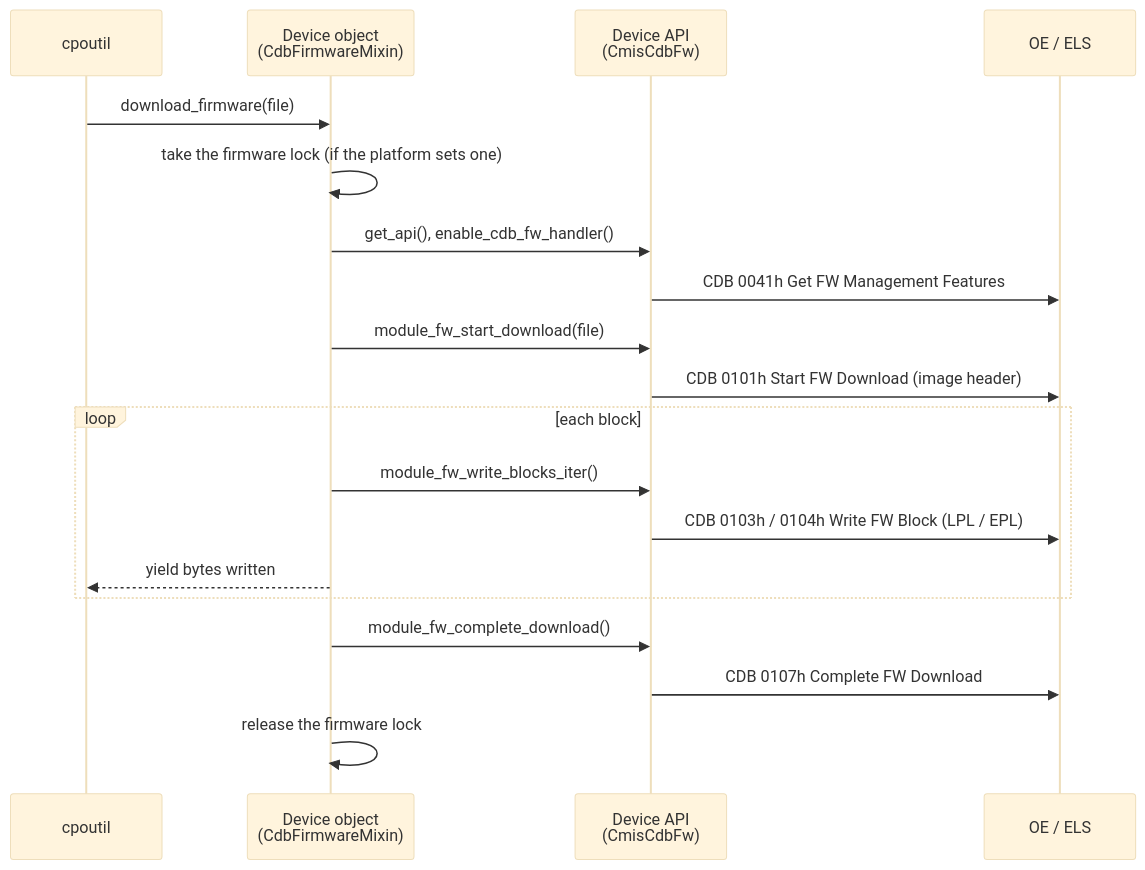
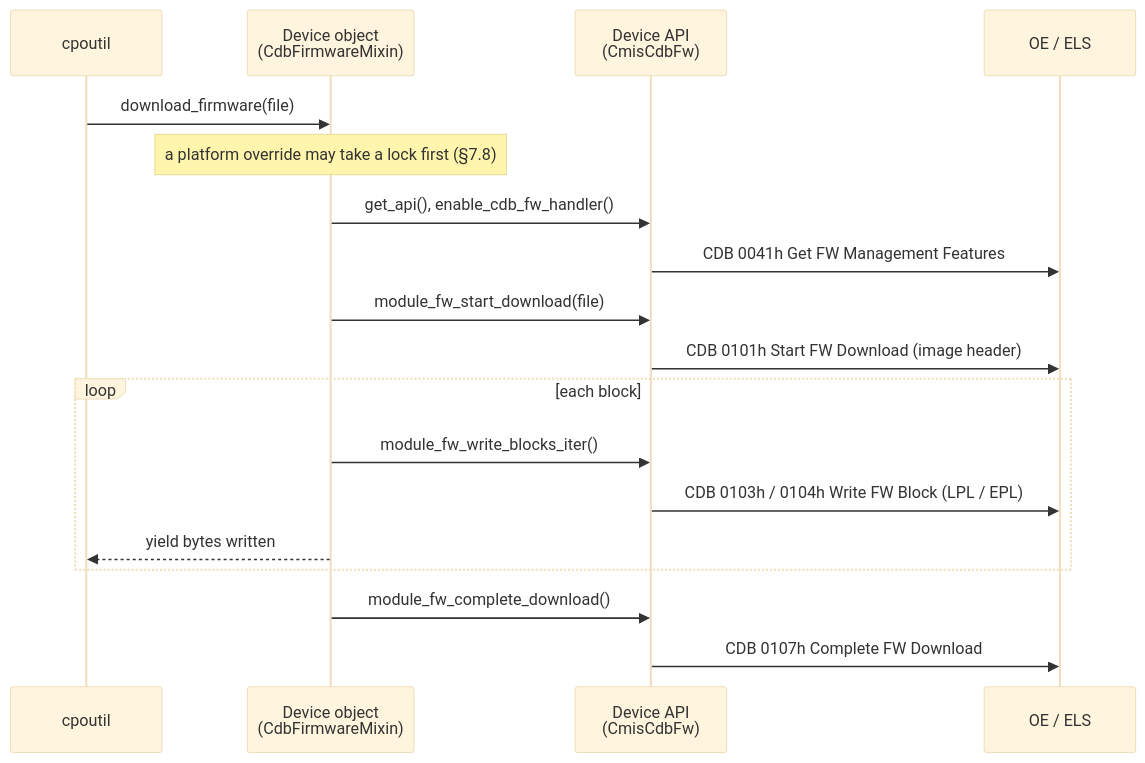
Before and after one commit to sonic-net/SONiC: the third of 5 diagrams in doc/cpo-util/cpo-util-hld.md, drawn with Mermaid (base theme). The commit also changed other lines of this file, not shown here.

First line of the commit message:
Align the cpoutil HLD with the platform API implementation

````diff
--- a/doc/cpo-util/cpo-util-hld.md
+++ b/doc/cpo-util/cpo-util-hld.md
@@ -266,22 +267,21 @@
 ```mermaid
 sequenceDiagram
     participant C as cpoutil
     participant D as Device object<br/>(CdbFirmwareMixin)
     participant A as Device API<br/>(CmisCdbFw)
     participant M as OE / ELS
 
     C->>D: download_firmware(file)
-    D->>D: take the firmware lock (if the platform sets one)
+    Note over D: a platform override may take a lock first (§7.8)
     D->>A: get_api(), enable_cdb_fw_handler()
     A->>M: CDB 0041h Get FW Management Features
     D->>A: module_fw_start_download(file)
     A->>M: CDB 0101h Start FW Download (image header)
     loop each block
         D->>A: module_fw_write_blocks_iter()
         A->>M: CDB 0103h / 0104h Write FW Block (LPL / EPL)
         D-->>C: yield bytes written
     end
     D->>A: module_fw_complete_download()
     A->>M: CDB 0107h Complete FW Download
-    D->>D: release the firmware lock
 ```
````
